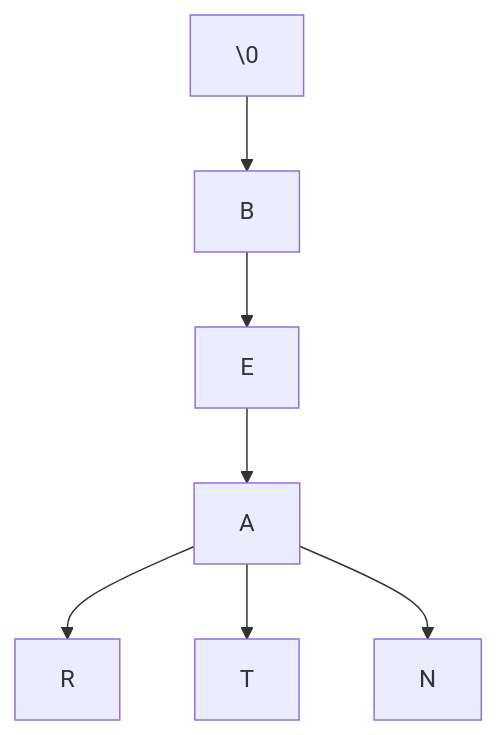
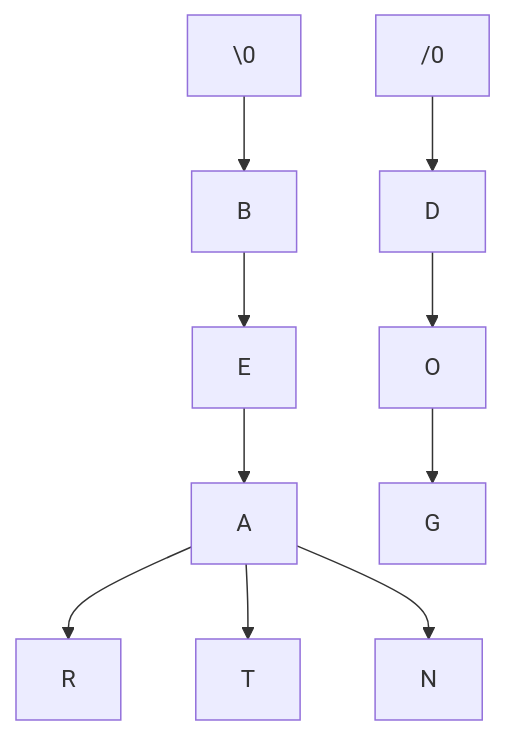
Before and after one commit to mmcnally1/arduino-projects: the diagram in morse-code/README.md, drawn with Mermaid.

````diff
--- a/morse-code/README.md
+++ b/morse-code/README.md
@@ -9,9 +9,12 @@
 ```mermaid
 graph TD;
 \0 --> B
+/0 --> D
 B --> E
 E --> A
 A --> R
 A --> T
 A --> N
+D --> O
+O --> G
 ```
````
